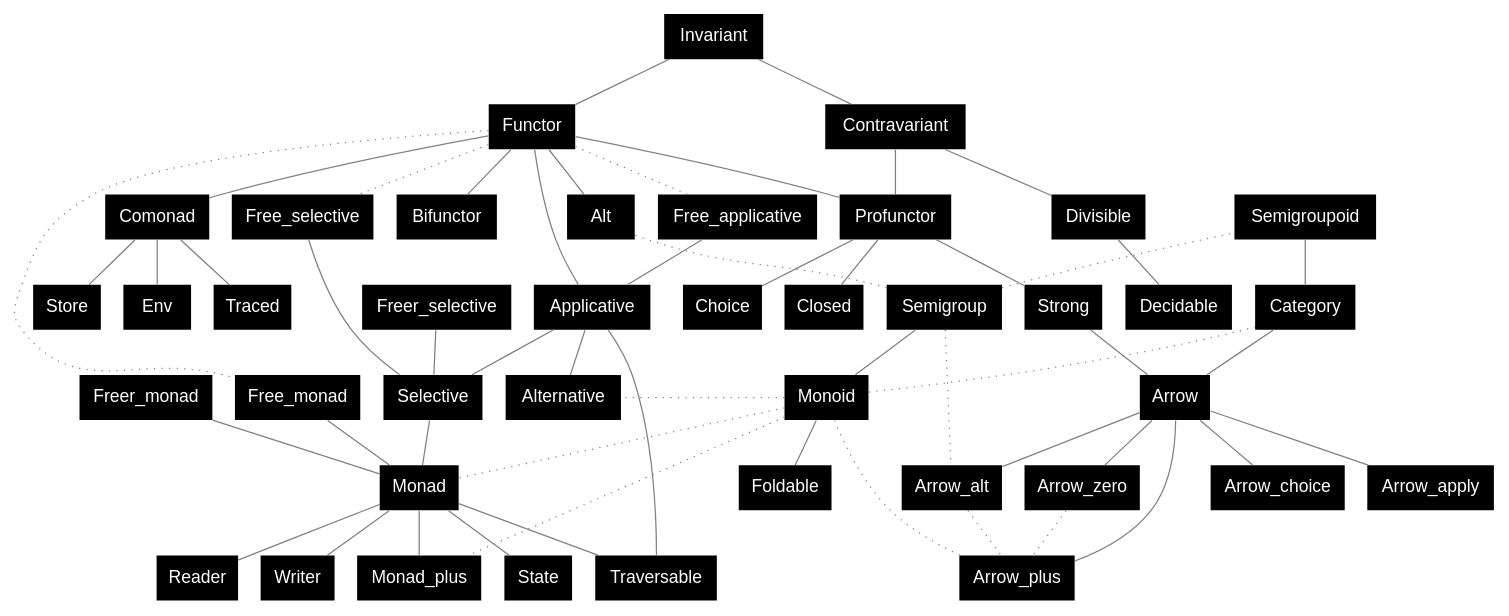
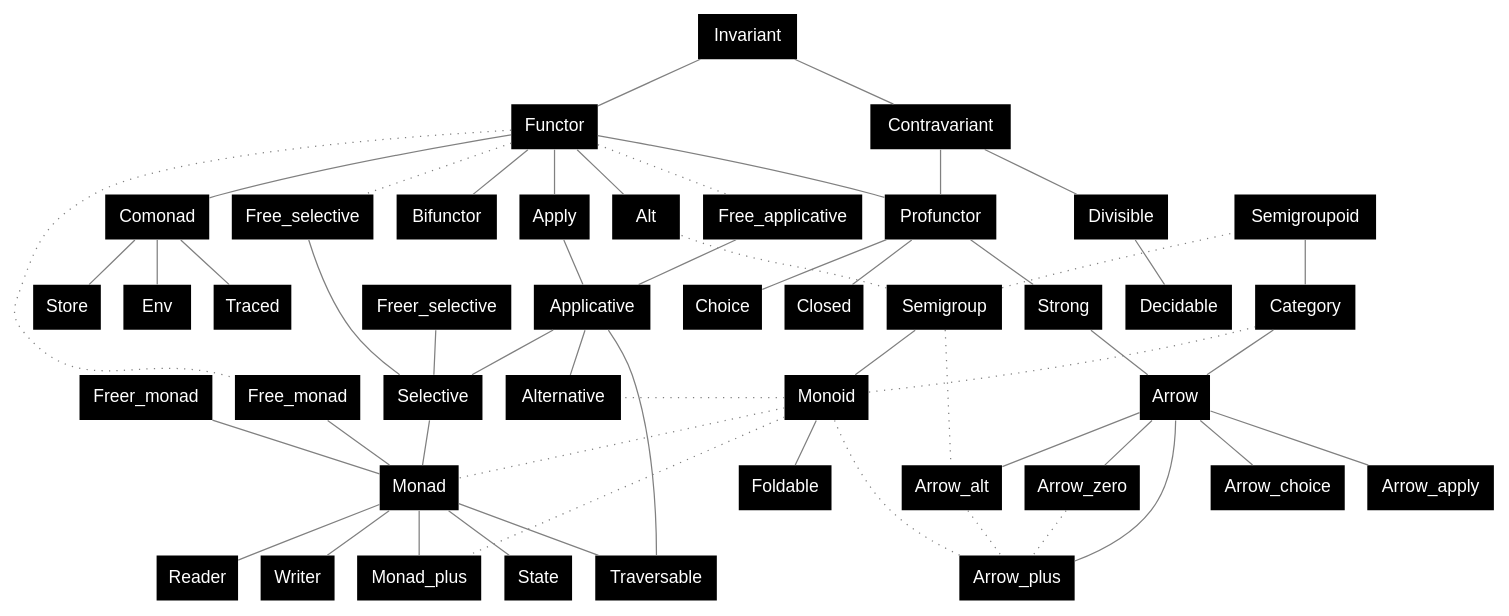
Before and after one commit to xvw/preface: the diagram in .github/dot/specs.dot, drawn with Graphviz. The commit also changed 9 other files, not shown here.

```diff
--- a/.github/dot/specs.dot
+++ b/.github/dot/specs.dot
@@ -1,70 +1,70 @@
 graph {
         node [shape=plaintext; fontname = "Helvetica"; style=filled; fillcolor=black; fontcolor=white];
         edge [color = gray];
 
         Invariant;
         Invariant -- Functor;
         Invariant -- Contravariant;
         Contravariant;
         Divisible;
         Decidable;
-        Functor -- Applicative -- Selective --  Monad;
+        Functor -- Apply -- Applicative -- Selective --  Monad;
         Applicative -- Alternative;
         Monad -- Monad_plus;
         Functor -- Alt;
         Functor -- Comonad;
         
         Semigroup -- Monoid;
         Monoid -- Alternative [style=dotted; arrowhead=none; constraint=false];
         Monoid -- Monad_plus [style=dotted; arrowhead=none; constraint=false];
         Semigroup -- Alt [style=dotted; arrowhead=none; constraint=false];
         Monoid -- Monad [style=dotted; arrowhead=none];
         Monoid -- Foldable;
 
         Functor -- Free_selective [style=dotted; arrowhead=none];
         Functor -- Free_applicative [style=dotted; arrowhead=none];
         Functor -- Free_monad [style=dotted; arrowhead=none];
         
         Free_selective -- Selective;
         Freer_selective -- Selective;
         Free_applicative -- Applicative;
         Free_monad -- Monad;
         Freer_monad -- Monad;
 
         Profunctor;
         Bifunctor;
 
         Contravariant -- Divisible -- Decidable;
         Contravariant -- Profunctor;
         Functor -- Profunctor;
         Functor -- Bifunctor;
 
         Monad --State;
         Monad -- Reader;
         Monad -- Writer;
 
         Comonad -- Store;
         Comonad -- Env;
         Comonad -- Traced;
 
         Applicative -- Traversable;
         Monad -- Traversable;
 
         Semigroup -- Semigroupoid [style=dotted; arrowhead=none; constraint=false];
         Monoid -- Category [style=dotted; arrowhead=none; constraint=false];
         Semigroupoid -- Category
         Category -- Arrow;
         Profunctor -- Strong;
         Profunctor -- Choice;
         Profunctor -- Closed;
         Strong -- Arrow;
         Arrow -- Arrow_zero;
         Arrow -- Arrow_alt;
         Arrow -- Arrow_plus;
         Arrow -- Arrow_choice;
         Arrow -- Arrow_apply;
         Arrow_zero -- Arrow_plus [style=dotted; arrowhead=none];
         Arrow_alt -- Arrow_plus [style=dotted; arrowhead=none];
         Monoid -- Arrow_plus [style=dotted; arrowhead=none];
         Semigroup -- Arrow_alt [style=dotted; arrowhead=none];
 }
```
